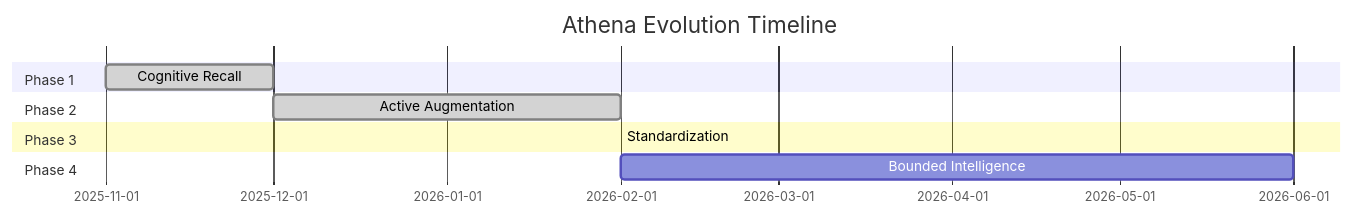
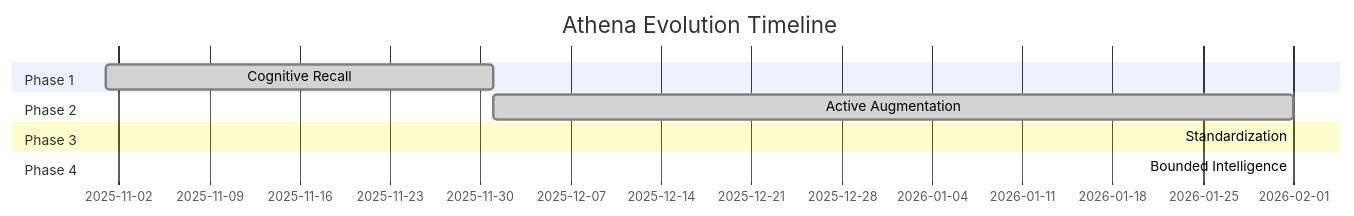
One commit to agent-memory-atlas-archive/winstonkoh87--Athena-Public changed the diagram in community/ROADMAP.md. Above: the diagram before and after it, drawn with Mermaid. The commit also changed other lines of this file and 6 other files, not shown here.

First line of the commit message:
v8.5.0: Phase 4 — Bounded Intelligence + Linux OS repositioning

````diff
--- a/community/ROADMAP.md
+++ b/community/ROADMAP.md
@@ -7,13 +7,13 @@
 ```mermaid
 gantt
     title Athena Evolution Timeline
     dateFormat  YYYY-MM
     section Phase 1
     Cognitive Recall    :done, 2025-11, 2025-12
     section Phase 2
     Active Augmentation :done, 2025-12, 2026-02
     section Phase 3
     Standardization     :done, 2026-02, 2026-02
     section Phase 4
-    Bounded Intelligence :2026-02, 2026-06
+    Bounded Intelligence :done, 2026-02, 2026-02
 ```
````
